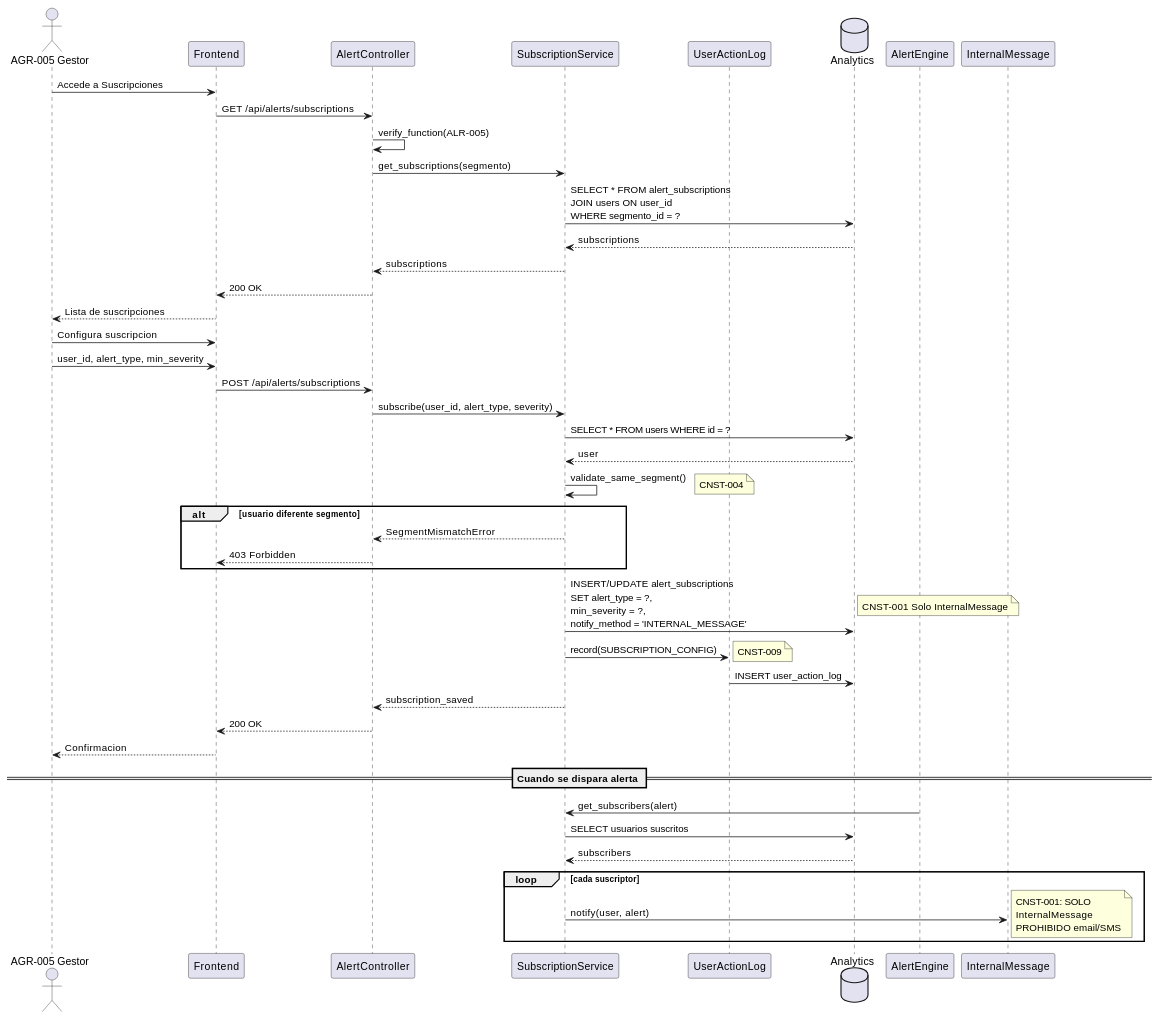
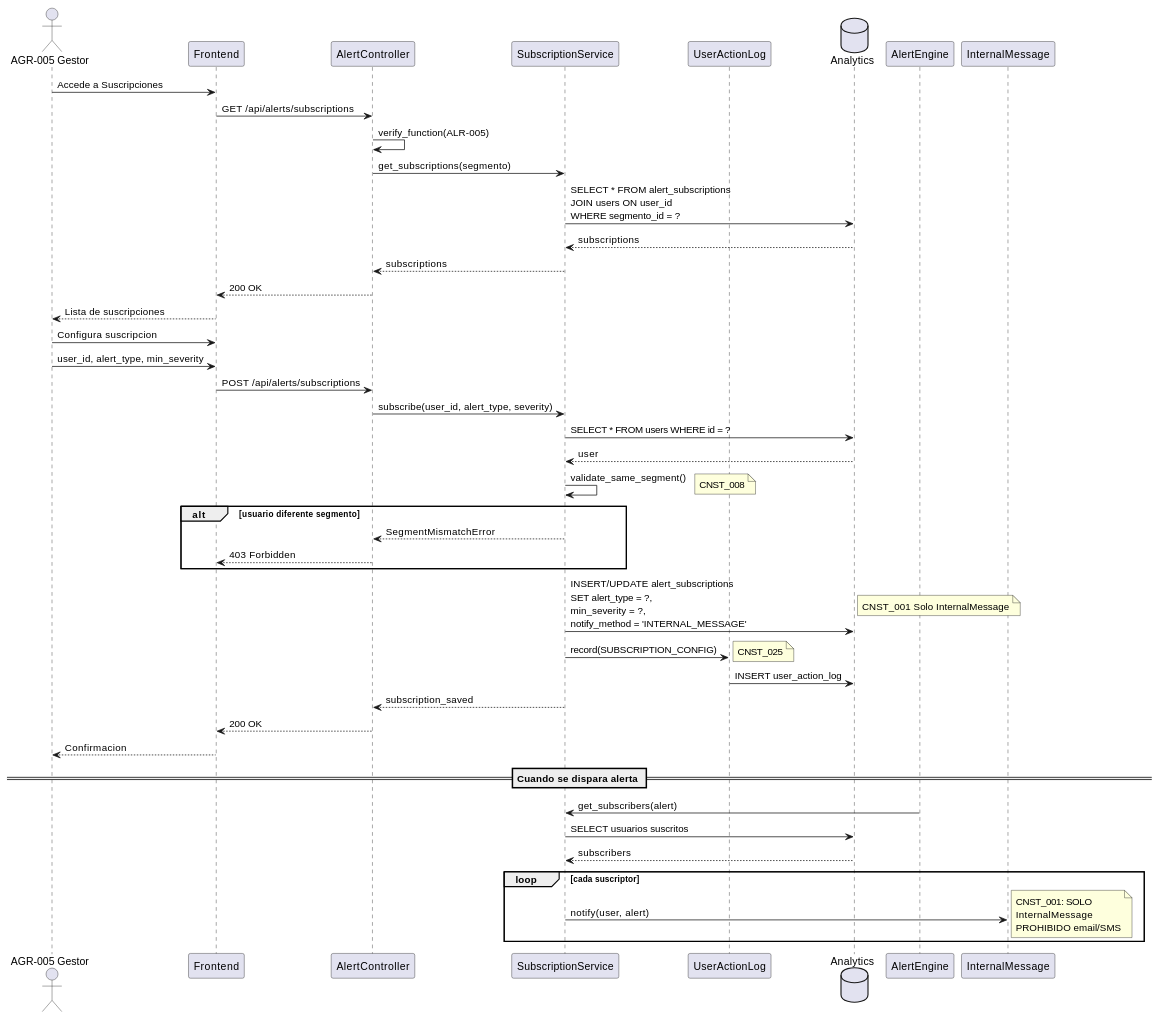
Before and after one commit to jcg-admin/IACT-docs: the second of 3 diagrams in source/requisitos/casos_uso/alerts/UC_ALR_05_Gestionar_Suscripciones.rst, drawn with PlantUML. The commit also changed other lines of this file and 67 other files, not shown here.

```diff
--- a/source/requisitos/casos_uso/alerts/UC_ALR_05_Gestionar_Suscripciones.rst
+++ b/source/requisitos/casos_uso/alerts/UC_ALR_05_Gestionar_Suscripciones.rst
@@ -175,66 +175,66 @@
 .. uml::
    :caption: Diagrama de Secuencia - UC_ALR_05
 
    @startuml
    actor "AGR-005 Gestor" as G
    participant "Frontend" as FE
    participant "AlertController" as AC
    participant "SubscriptionService" as SS
    participant "UserActionLog" as UAL
    database "Analytics" as DB
 
    G -> FE: Accede a Suscripciones
    FE -> AC: GET /api/alerts/subscriptions
    AC -> AC: verify_function(ALR-005)
    AC -> SS: get_subscriptions(segmento)
    SS -> DB: SELECT * FROM alert_subscriptions\nJOIN users ON user_id\nWHERE segmento_id = ?
    DB --> SS: subscriptions
    SS --> AC: subscriptions
    AC --> FE: 200 OK
    FE --> G: Lista de suscripciones
 
    G -> FE: Configura suscripcion
    G -> FE: user_id, alert_type, min_severity
    FE -> AC: POST /api/alerts/subscriptions
    AC -> SS: subscribe(user_id, alert_type, severity)
 
    SS -> DB: SELECT * FROM users WHERE id = ?
    DB --> SS: user
 
    SS -> SS: validate_same_segment()
-   note right: CNST-004
+   note right: CNST_008
 
    alt usuario diferente segmento
      SS --> AC: SegmentMismatchError
      AC --> FE: 403 Forbidden
    end
 
    SS -> DB: INSERT/UPDATE alert_subscriptions\nSET alert_type = ?,\nmin_severity = ?,\nnotify_method = 'INTERNAL_MESSAGE'
-   note right: CNST-001 Solo InternalMessage
+   note right: CNST_001 Solo InternalMessage
 
    SS -> UAL: record(SUBSCRIPTION_CONFIG)
-   note right: CNST-009
+   note right: CNST_025
    UAL -> DB: INSERT user_action_log
 
    SS --> AC: subscription_saved
    AC --> FE: 200 OK
    FE --> G: Confirmacion
 
    == Cuando se dispara alerta ==
 
    participant "AlertEngine" as AE
    participant "InternalMessage" as IM
 
    AE -> SS: get_subscribers(alert)
    SS -> DB: SELECT usuarios suscritos
    DB --> SS: subscribers
 
    loop cada suscriptor
      SS -> IM: notify(user, alert)
      note right
-       CNST-001: SOLO
+       CNST_001: SOLO
        InternalMessage
        PROHIBIDO email/SMS
      end note
    end
    @enduml
```
